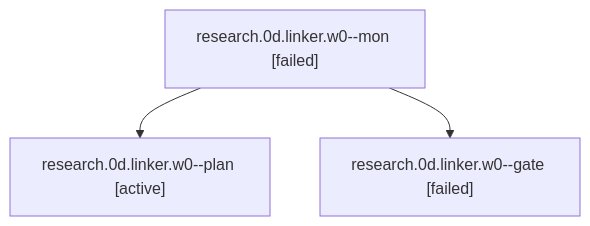
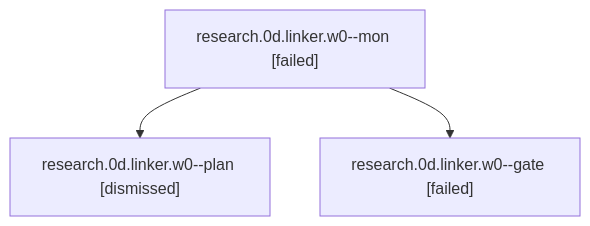
One commit to bobs-org/bob-cli--agents changed the diagram in sessions/bbugyi200.apollo.research.0d.linker.w0.md. Above: the diagram before and after it, drawn with Mermaid. The commit also changed other lines of this file and 992 other files, not shown here.

````diff
--- a/sessions/bbugyi200.apollo.research.0d.linker.w0.md
+++ b/sessions/bbugyi200.apollo.research.0d.linker.w0.md
@@ -9,8 +9,8 @@
 ```mermaid
 flowchart TD
   n0["research.0d.linker.w0--mon [failed]"]
-  n1["research.0d.linker.w0--plan [active]"]
+  n1["research.0d.linker.w0--plan [dismissed]"]
   n0 --> n1
   n2["research.0d.linker.w0--gate [failed]"]
   n0 --> n2
 ```
````
